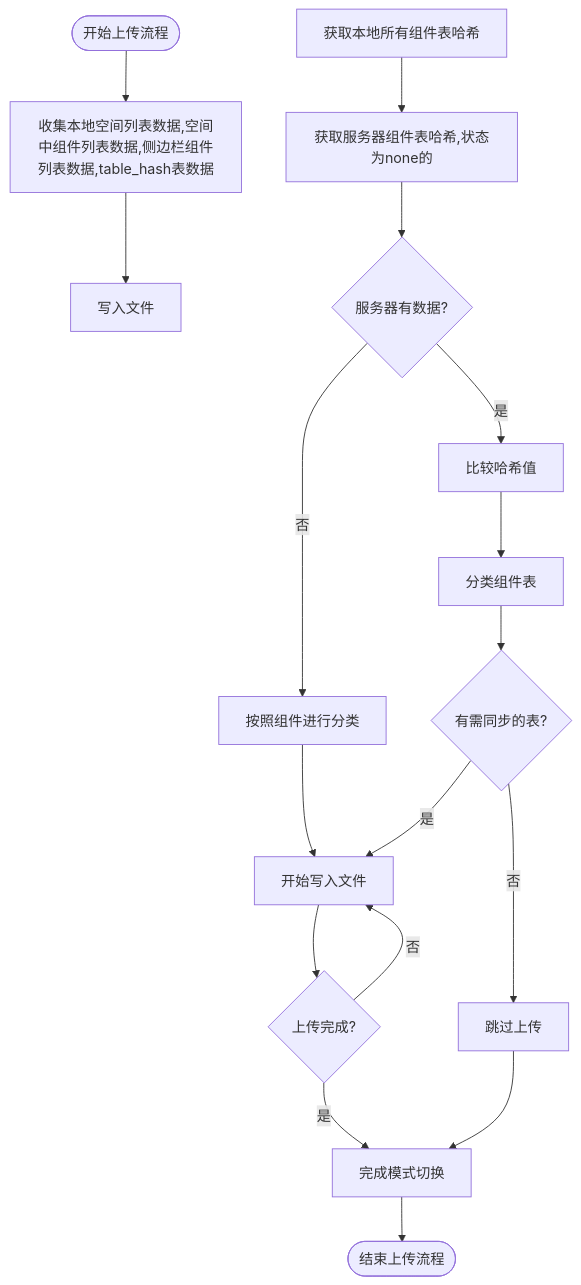
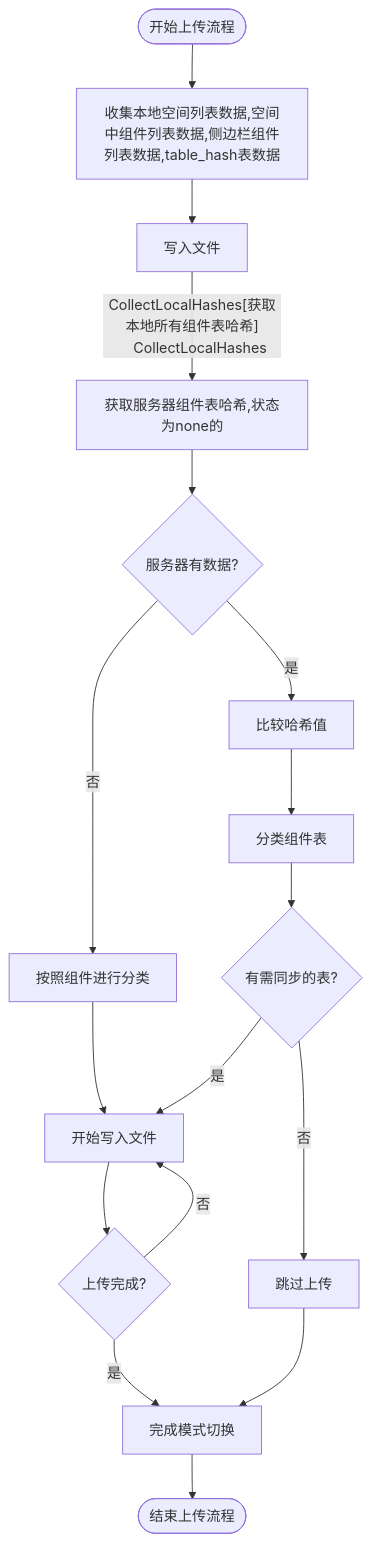
The diagram in all/未命名-59.md (yingjianzh/iodraw-files), drawn with Mermaid before and after one commit.

Commit message:
2025-05-14 15:51:22 update

````diff
--- a/all/未命名-59.md
+++ b/all/未命名-59.md
@@ -1,35 +1,35 @@
 ```mermaid
 
 flowchart TD
     Start([开始上传流程]) --> CollectData[收集本地空间列表数据,空间中组件列表数据,侧边栏组件列表数据,table_hash表数据]
     CollectData --> WriteFile[写入文件]
-    
-    CollectLocalHashes[获取本地所有组件表哈希]
+
+    WriteFile --CollectLocalHashes[获取本地所有组件表哈希]
     CollectLocalHashes --> FetchServerHashes[获取服务器组件表哈希,状态为none的]
     
     FetchServerHashes --> ServerHasData{服务器有数据?}
     
     ServerHasData -->|是| CompareHashes[比较哈希值]
     ServerHasData -->|否| ClassifyTables2[按照组件进行分类]
     ClassifyTables2 --> StartBatching[开始写入文件]
     
     CompareHashes --> ClassifyTables[分类组件表]
     ClassifyTables --> HasChanges{有需同步的表?}
     
     HasChanges -->|否| SkipUpload[跳过上传]
     HasChanges -->|是| StartBatching
     
     StartBatching --> UploadComplete{上传完成?}
 
 
     UploadComplete -->|是| FinalizeMode[完成模式切换]
     UploadComplete -->|否| StartBatching
 
     
     
     FinalizeMode --> End([结束上传流程])
     
     SkipUpload --> FinalizeMode
 
 
 ```
````
